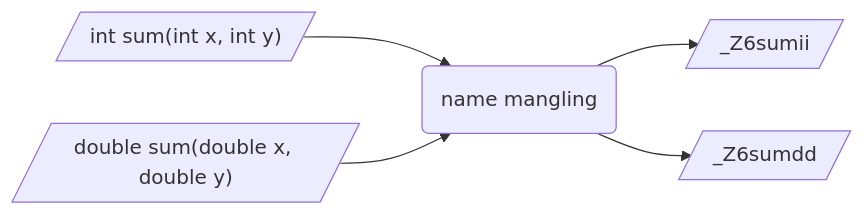
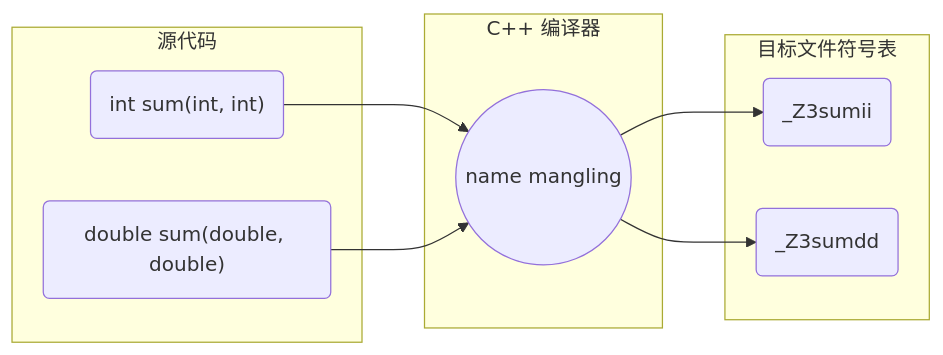
Before and after one commit to dmjcb/dmjcb.github.io: the first of 2 diagrams in _posts/c_c++/c++/2024-11-07-name mangling.md, drawn with Mermaid. The commit also changed other lines of this file and 5 other files, not shown here.

````diff
--- a/_posts/c_c++/c++/2024-11-07-name mangling.md
+++ b/_posts/c_c++/c++/2024-11-07-name mangling.md
@@ -19,11 +20,17 @@
 ```mermaid
-graph LR;
-    A[/"int sum(int x, int y)"/]
-    A1[/"_Z6sumii"/]
-    B[/"double sum(double x, double y)"/]
-    B1[/"_Z6sumdd"/]
-    C(name mangling)
+graph LR
+    subgraph 源代码
+        A1("int sum(int, int)")
+        A2("double sum(double, double)")
+    end
+    subgraph C++ 编译器
+        B((name mangling))
+    end
+    subgraph 目标文件符号表
+        C1("_Z3sumii")
+        C2("_Z3sumdd")
+    end
 
-    A-->C-->A1
-    B-->C-->B1
+    A1 --> B --> C1
+    A2 --> B --> C2
 ```
````
